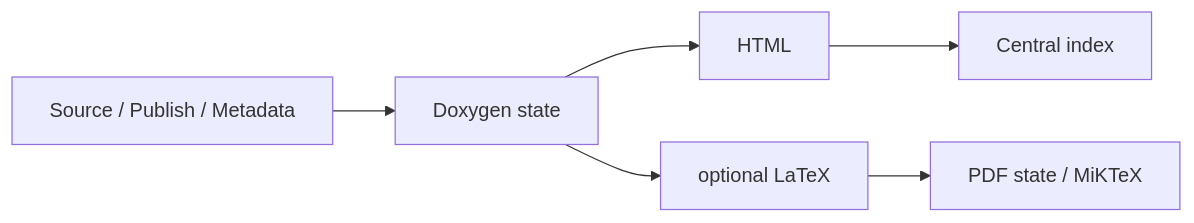
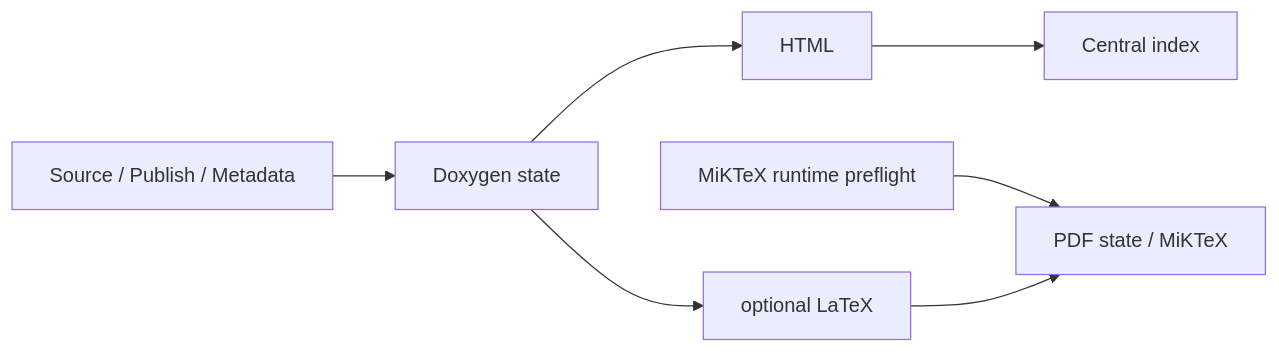
Before and after one commit to adeccscholar/BuildEngine-Admin: the third of 3 diagrams in admin/server-docs/documentation.md, drawn with Mermaid. The commit also changed other lines of this file, not shown here.

Commit message:
Document MiKTeX runtime preflight

````diff
--- a/admin/server-docs/documentation.md
+++ b/admin/server-docs/documentation.md
@@ -285,8 +299,9 @@
 ```mermaid
 flowchart LR
    S[Source / Publish / Metadata] --> D[Doxygen state]
    D --> H[HTML]
    D --> L[optional LaTeX]
-   L --> P[PDF state / MiKTeX]
+   R[MiKTeX runtime preflight] --> P[PDF state / MiKTeX]
+   L --> P
    H --> I[Central index]
 ```
````
